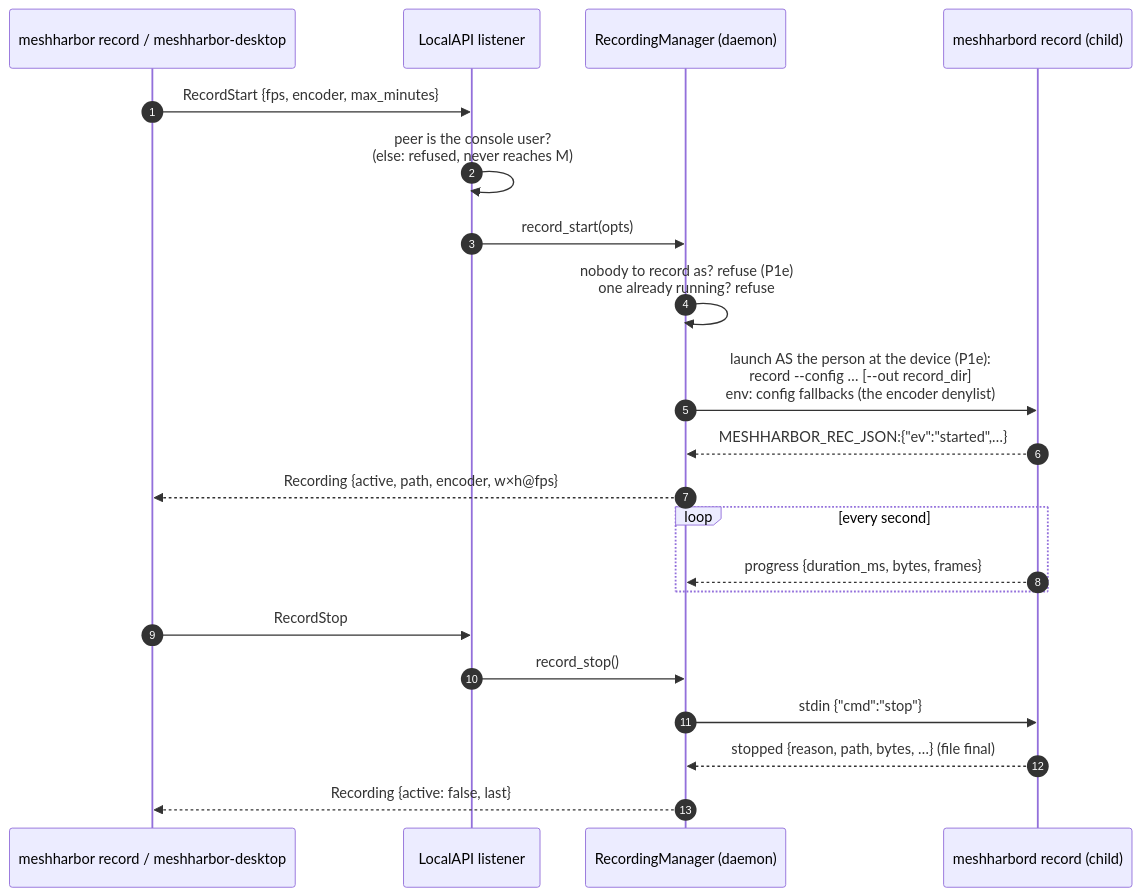
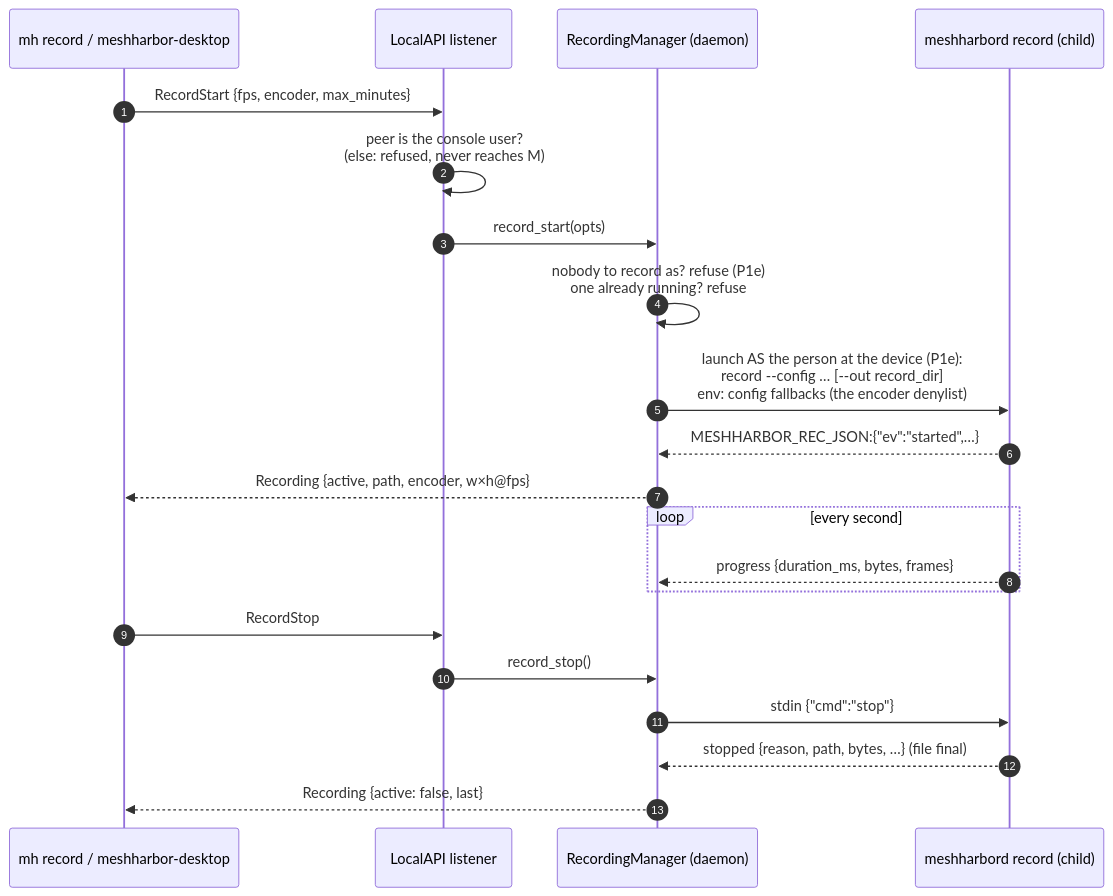
One commit to jk-zhang-meta/MeshHarbor changed the fifth of 15 diagrams in docs/recording.md. Above: the diagram before and after it, drawn with Mermaid. The commit also changed other lines of this file and 323 other files, not shown here.

````diff
--- a/docs/recording.md
+++ b/docs/recording.md
@@ -340,23 +340,23 @@
 ```mermaid
 sequenceDiagram
     autonumber
-    participant C as meshharbor record / meshharbor-desktop
+    participant C as mh record / meshharbor-desktop
     participant L as LocalAPI listener
     participant M as RecordingManager (daemon)
     participant R as meshharbord record (child)
     C->>L: RecordStart {fps, encoder, max_minutes}
     L->>L: peer is the console user?<br/>(else: refused, never reaches M)
     L->>M: record_start(opts)
     M->>M: nobody to record as? refuse (P1e)<br/>one already running? refuse
     M->>R: launch AS the person at the device (P1e):<br/>record --config … [--out record_dir]<br/>env: config fallbacks (the encoder denylist)
     R-->>M: MESHHARBOR_REC_JSON:{"ev":"started",…}
     M-->>C: Recording {active, path, encoder, w×h@fps}
     loop every second
         R-->>M: progress {duration_ms, bytes, frames}
     end
     C->>L: RecordStop
     L->>M: record_stop()
     M->>R: stdin {"cmd":"stop"}
     R-->>M: stopped {reason, path, bytes, …} (file final)
     M-->>C: Recording {active: false, last}
 ```
````
